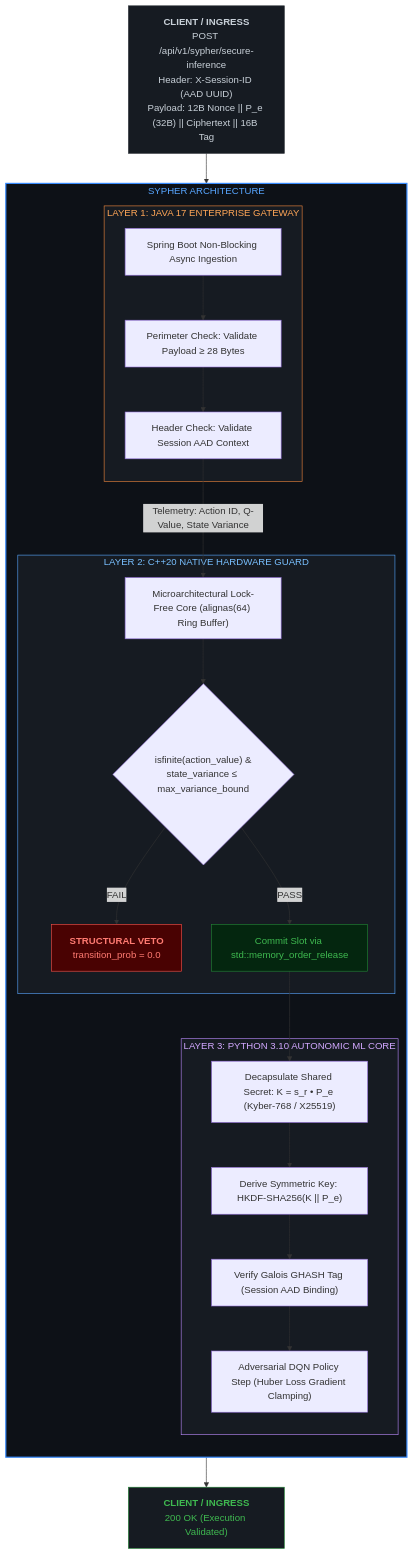
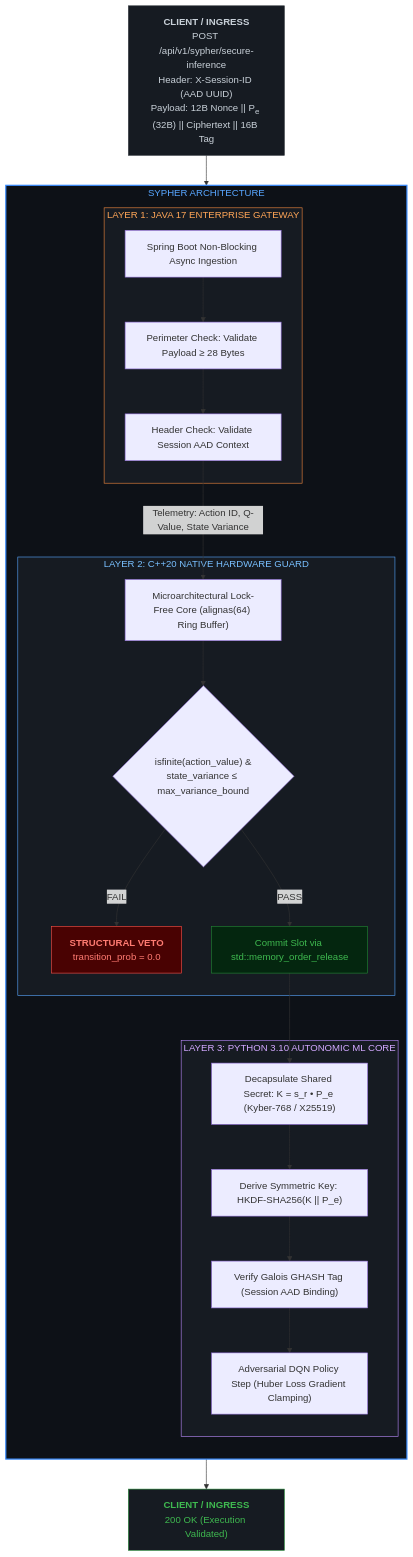
One commit to BArianlou/sypher-pqc-framework changed the diagram in README.md. Above: the diagram before and after it, drawn with Mermaid.

````diff
--- a/README.md
+++ b/README.md
@@ -68,52 +68,52 @@
 ```mermaid
 graph TD
-    Client["<b>CLIENT / INGRESS</b><br/>POST /api/v1/sypher/secure-inference<br/>Header: X-Session-ID (AAD UUID)<br/>Payload: 12B Nonce || P_e (32B) || Ciphertext || 16B Tag"]
+    Client["<b>CLIENT / INGRESS</b><br/>POST /api/v1/sypher/secure-inference<br/>Header: X-Session-ID (AAD UUID)<br/>Payload: 12B Nonce || P<sub>e</sub> (32B) || Ciphertext || 16B Tag"]
 
     subgraph Sypher["SYPHER ARCHITECTURE"]
         direction TB
 
         subgraph L1["LAYER 1: JAVA 17 ENTERPRISE GATEWAY"]
             A1["Spring Boot Non-Blocking Async Ingestion"]
             A2["Perimeter Check: Validate Payload &ge; 28 Bytes"]
             A3["Header Check: Validate Session AAD Context"]
             A1 --> A2 --> A3
         end
 
         subgraph L2["LAYER 2: C++20 NATIVE HARDWARE GUARD"]
             B1["Microarchitectural Lock-Free Core (alignas(64) Ring Buffer)"]
             B2{"isfinite(action_value) &amp;<br/>state_variance &le; max_variance_bound"}
             B_Veto["<b>STRUCTURAL VETO</b><br/>transition_prob = 0.0"]
             B_Pass["Commit Slot via std::memory_order_release"]
 
             B1 --> B2
             B2 -- FAIL --> B_Veto
             B2 -- PASS --> B_Pass
         end
 
         subgraph L3["LAYER 3: PYTHON 3.10 AUTONOMIC ML CORE"]
             C1["Decapsulate Shared Secret: K = s_r &bull; P_e (Kyber-768 / X25519)"]
             C2["Derive Symmetric Key: HKDF-SHA256(K || P_e)"]
             C3["Verify Galois GHASH Tag (Session AAD Binding)"]
             C4["Adversarial DQN Policy Step (Huber Loss Gradient Clamping)"]
 
             C1 --> C2 --> C3 --> C4
         end
 
         A3 -- "Telemetry: Action ID, Q-Value, State Variance" --> B1
         B_Pass --> C1
     end
 
     Validated["<b>CLIENT / INGRESS</b><br/>200 OK (Execution Validated)"]
 
     Client --> A1
     C4 --> Validated
 
     style Client fill:#161b22,stroke:#30363d,stroke-width:1px,color:#c9d1d9
     style Validated fill:#161b22,stroke:#238636,stroke-width:1px,color:#3fb950
     style Sypher fill:#0d1117,stroke:#388bfd,stroke-width:2px,color:#58a6ff
     style L1 fill:#161b22,stroke:#f0883e,stroke-width:1px,color:#ffa657
     style L2 fill:#161b22,stroke:#58a6ff,stroke-width:1px,color:#79c0ff
     style L3 fill:#161b22,stroke:#bc8cff,stroke-width:1px,color:#d2a8ff
     style B_Veto fill:#490202,stroke:#f85149,stroke-width:1px,color:#ff7b72
     style B_Pass fill:#04260f,stroke:#238636,stroke-width:1px,color:#3fb950
 ```
````
